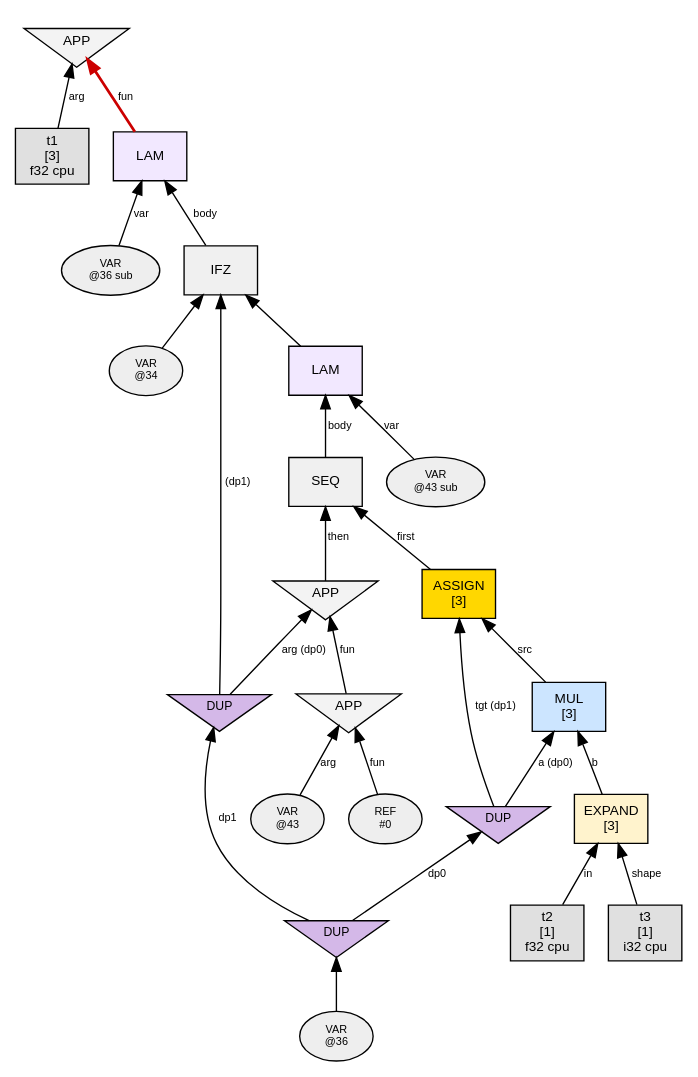
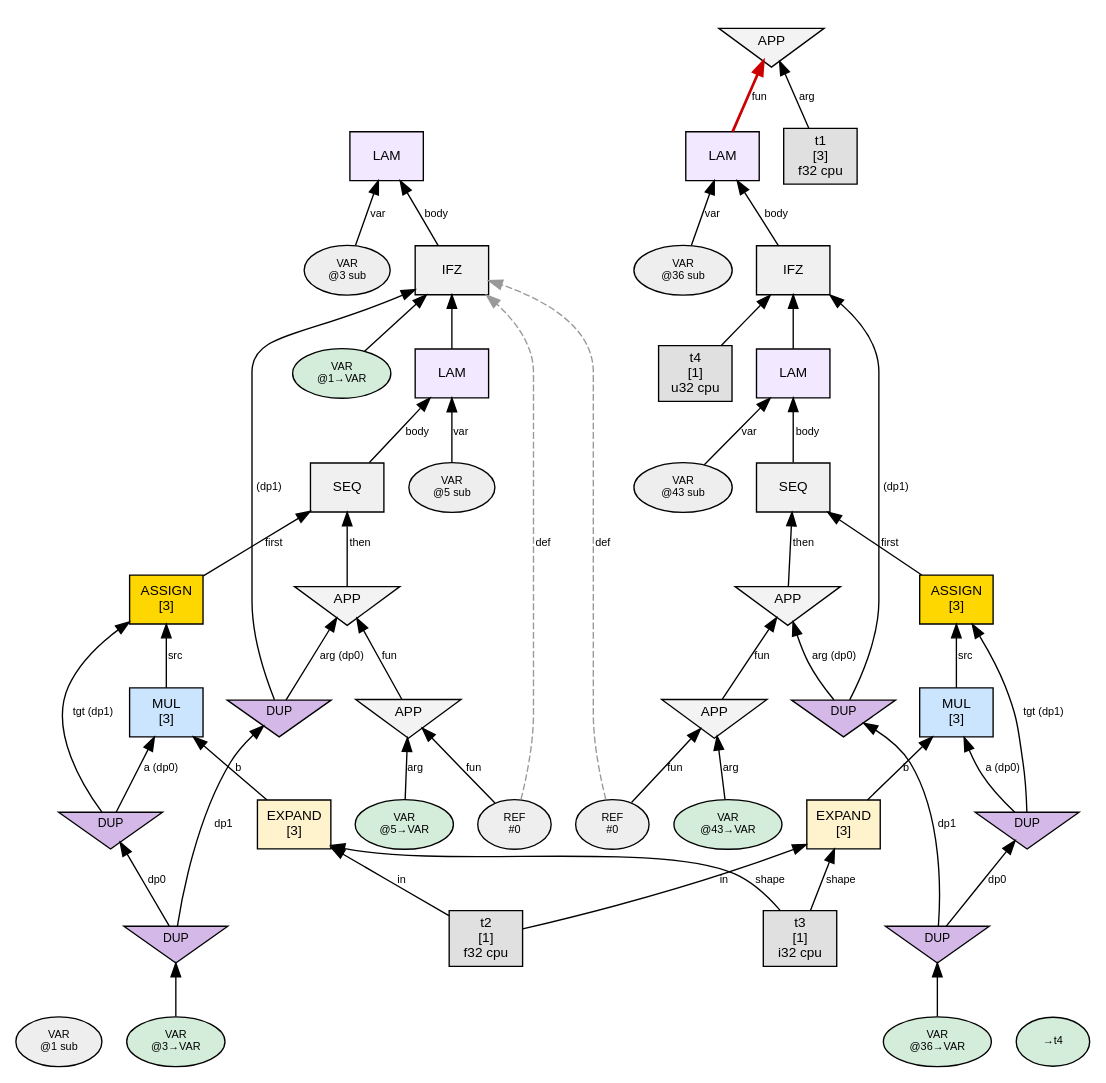
The diagram in phase1_graphs/loop_assign_simple/n0_steps/step_002_interact_APP.dot (sw1sh/TinyHVM), drawn with Graphviz before and after one commit. The commit also changed 101 other files, not shown here.

First line of the commit message:
fix: show definition body + resolved VARs in step graphs

```diff
--- a/phase1_graphs/loop_assign_simple/n0_steps/step_002_interact_APP.dot
+++ b/phase1_graphs/loop_assign_simple/n0_steps/step_002_interact_APP.dot
@@ -1,54 +1,98 @@
 digraph G {
   // PREV_INTERACTION: interact_APP
   // NEXT_INTERACTION: interact_APP
   rankdir=BT;
   node [fontname="Helvetica", fontsize=10, style=filled, shape=box, margin="0.1,0.05"];
   edge [fontsize=8, fontname="Helvetica"];
 
+  var1 [label="VAR\n@1 sub", shape=oval, fillcolor="#eeeeee", fontsize=8];
+  n3 [label="LAM", shape=box, fillcolor="#f2e8ff"];
+  var3 [label="VAR\n@3 sub", shape=oval, fillcolor="#eeeeee", fontsize=8];
+  var3 -> n3 [label="var"];
+  n26 -> n3 [label="body"];
+  n26 [label="IFZ", shape=box, fillcolor="#f0f0f0"];
+  var26 [label="VAR\n@1→VAR", shape=oval, fillcolor="#d4edda", fontsize=8];
+  var26 -> n26 [label=""];
+  dup9 [label="DUP", shape=invtriangle, fillcolor="#d4b8e8", fontsize=9, width=0.7, height=0.5];
+  dup7 -> dup9 [label="dp1"];
+  dup7 [label="DUP", shape=invtriangle, fillcolor="#d4b8e8", fontsize=9, width=0.7, height=0.5];
+  var7 [label="VAR\n@3→VAR", shape=oval, fillcolor="#d4edda", fontsize=8];
+  var7 -> dup7;
+  dup9 -> n26 [label=" (dp1)"];
+  n5 -> n26 [label=""];
+  var5 [label="VAR\n@5 sub", shape=oval, fillcolor="#eeeeee", fontsize=8];
+  n24 [label="SEQ", shape=box, fillcolor="#f0f0f0"];
+  n18 -> n24 [label="first"];
+  n22 -> n24 [label="then"];
+  n10 [label="EXPAND\n[3]", shape=box, fillcolor="#fff3cd"];
+  t2 [label="t2\n[1]\nf32 cpu",shape=box,fillcolor="#e0e0e0"];
+  t2 -> n10 [label="in"];
+  t3 [label="t3\n[1]\ni32 cpu",shape=box,fillcolor="#e0e0e0"];
+  t3 -> n10 [label="shape"];
+  n14 [label="MUL\n[3]", shape=box, fillcolor="#cce5ff"];
+  dup8 [label="DUP", shape=invtriangle, fillcolor="#d4b8e8", fontsize=9, width=0.7, height=0.5];
+  dup7 -> dup8 [label="dp0"];
+  dup8 -> n14 [label="a (dp0)"];
+  n10 -> n14 [label="b"];
+  ref20 [label="REF\n#0", shape=oval, fillcolor="#eeeeee", fontsize=8];
+  ref20 -> n26 [style=dashed, color="#999999", label="def"];
+  n20 [label="APP", shape=invtriangle, fillcolor="#f3f3f3"];
+  ref20 -> n20 [label="fun"];
+  var21 [label="VAR\n@5→VAR", shape=oval, fillcolor="#d4edda", fontsize=8];
+  var21 -> n20 [label="arg"];
+  n18 [label="ASSIGN\n[3]", shape=box, fillcolor="#ffd700"];
+  dup8 -> n18 [label="tgt (dp1)"];
+  n14 -> n18 [label="src"];
+  n22 [label="APP", shape=invtriangle, fillcolor="#f3f3f3"];
+  n20 -> n22 [label="fun"];
+  dup9 -> n22 [label="arg (dp0)"];
+  n5 [label="LAM", shape=box, fillcolor="#f2e8ff"];
+  var5 -> n5 [label="var"];
+  n24 -> n5 [label="body"];
   n36 [label="LAM", shape=box, fillcolor="#f2e8ff"];
   var36 [label="VAR\n@36 sub", shape=oval, fillcolor="#eeeeee", fontsize=8];
   var36 -> n36 [label="var"];
   n38 -> n36 [label="body"];
   n31 [label="APP", shape=invtriangle, fillcolor="#f3f3f3"];
   n36 -> n31 [label="fun",color="#cc0000",penwidth=2.0];
   t1 [label="t1\n[3]\nf32 cpu",shape=box,fillcolor="#e0e0e0"];
   t1 -> n31 [label="arg"];
   n38 [label="IFZ", shape=box, fillcolor="#f0f0f0"];
-  var38 [label="VAR\n@34", shape=oval, fillcolor="#eeeeee", fontsize=8];
-  var38 -> n38 [label=""];
+  t4 [label="t4\n[1]\nu32 cpu",shape=box,fillcolor="#e0e0e0"];
+  t4 -> n38 [label=""];
   dup41 [label="DUP", shape=invtriangle, fillcolor="#d4b8e8", fontsize=9, width=0.7, height=0.5];
   dup42 -> dup41 [label="dp1"];
   dup42 [label="DUP", shape=invtriangle, fillcolor="#d4b8e8", fontsize=9, width=0.7, height=0.5];
-  var42 [label="VAR\n@36", shape=oval, fillcolor="#eeeeee", fontsize=8];
+  var42 [label="VAR\n@36→VAR", shape=oval, fillcolor="#d4edda", fontsize=8];
   var42 -> dup42;
   dup41 -> n38 [label=" (dp1)"];
   n43 -> n38 [label=""];
+  var38 [label="→t4", shape=oval, fillcolor="#d4edda", fontsize=8];
   n43 [label="LAM", shape=box, fillcolor="#f2e8ff"];
   var43 [label="VAR\n@43 sub", shape=oval, fillcolor="#eeeeee", fontsize=8];
   var43 -> n43 [label="var"];
   n45 -> n43 [label="body"];
   n45 [label="SEQ", shape=box, fillcolor="#f0f0f0"];
   n47 -> n45 [label="first"];
   n54 -> n45 [label="then"];
   n47 [label="ASSIGN\n[3]", shape=box, fillcolor="#ffd700"];
   dup49 [label="DUP", shape=invtriangle, fillcolor="#d4b8e8", fontsize=9, width=0.7, height=0.5];
   dup42 -> dup49 [label="dp0"];
   dup49 -> n47 [label="tgt (dp1)"];
   n50 -> n47 [label="src"];
   n54 [label="APP", shape=invtriangle, fillcolor="#f3f3f3"];
   n56 -> n54 [label="fun"];
   dup41 -> n54 [label="arg (dp0)"];
   n50 [label="MUL\n[3]", shape=box, fillcolor="#cce5ff"];
   dup49 -> n50 [label="a (dp0)"];
   n52 -> n50 [label="b"];
   n52 [label="EXPAND\n[3]", shape=box, fillcolor="#fff3cd"];
-  t2 [label="t2\n[1]\nf32 cpu",shape=box,fillcolor="#e0e0e0"];
   t2 -> n52 [label="in"];
-  t3 [label="t3\n[1]\ni32 cpu",shape=box,fillcolor="#e0e0e0"];
   t3 -> n52 [label="shape"];
   n56 [label="APP", shape=invtriangle, fillcolor="#f3f3f3"];
   ref56 [label="REF\n#0", shape=oval, fillcolor="#eeeeee", fontsize=8];
   ref56 -> n56 [label="fun"];
-  var57 [label="VAR\n@43", shape=oval, fillcolor="#eeeeee", fontsize=8];
+  var57 [label="VAR\n@43→VAR", shape=oval, fillcolor="#d4edda", fontsize=8];
   var57 -> n56 [label="arg"];
+  ref56 -> n26 [style=dashed, color="#999999", label="def"];
 }
```
